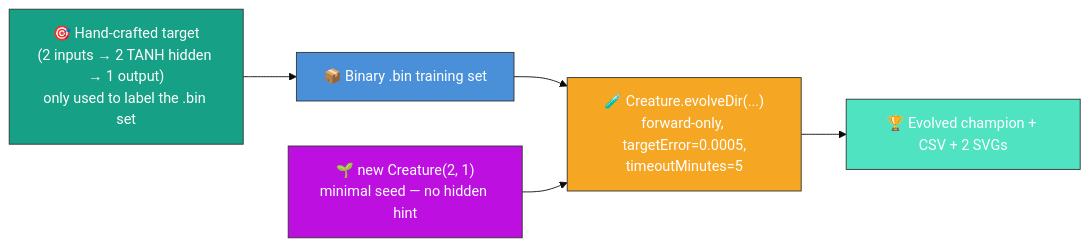
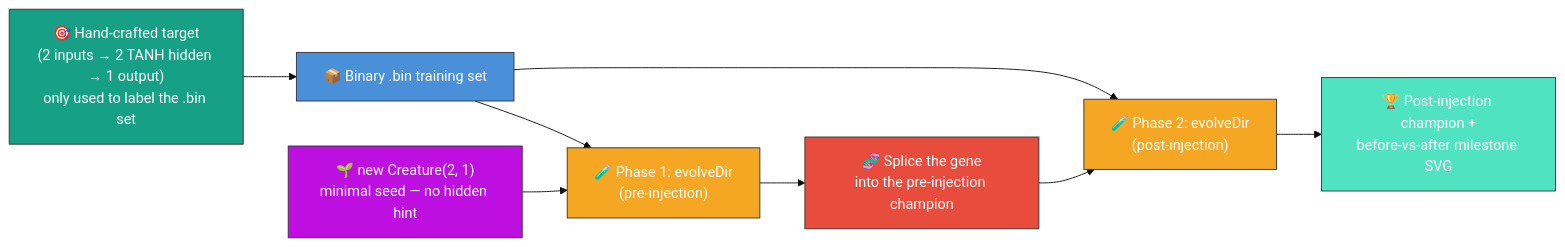
The diagram in crispr_injection/README.md (stSoftwareAU/NEAT-AI-Examples), drawn with Mermaid (base theme) before and after one commit. The commit also changed other lines of this file and 23 other files, not shown here.

````diff
--- a/crispr_injection/README.md
+++ b/crispr_injection/README.md
@@ -14,17 +21,24 @@
 ```mermaid
 flowchart LR
     TGT["🎯 Hand-crafted target<br/>(2 inputs → 2 TANH hidden → 1 output)<br/>only used to label the .bin set"]
     DATA["📦 Binary .bin training set"]
     SEED["🌱 new Creature(2, 1)<br/>minimal seed — no hidden hint"]
-    EVOLVE["🧪 Creature.evolveDir(...)<br/>forward-only, targetError=0.0005,<br/>timeoutMinutes=5"]
-    OUT["🏆 Evolved champion + CSV + 2 SVGs"]
+    EVOLVE1["🧪 Phase 1: evolveDir<br/>(pre-injection)"]
+    SPLICE["🧬 Splice the gene<br/>into the pre-injection champion"]
+    EVOLVE2["🧪 Phase 2: evolveDir<br/>(post-injection)"]
+    OUT["🏆 Post-injection champion +<br/>before-vs-after milestone SVG"]
     TGT --> DATA
-    DATA --> EVOLVE
-    SEED --> EVOLVE
-    EVOLVE --> OUT
+    DATA --> EVOLVE1
+    SEED --> EVOLVE1
+    EVOLVE1 --> SPLICE
+    SPLICE --> EVOLVE2
+    DATA --> EVOLVE2
+    EVOLVE2 --> OUT
     style TGT fill:#16a085,stroke:#333,color:#fff
     style DATA fill:#4a90d9,stroke:#333,color:#fff
     style SEED fill:#bd10e0,stroke:#333,color:#fff
-    style EVOLVE fill:#f5a623,stroke:#333,color:#fff
+    style EVOLVE1 fill:#f5a623,stroke:#333,color:#fff
+    style SPLICE fill:#e74c3c,stroke:#333,color:#fff
+    style EVOLVE2 fill:#f5a623,stroke:#333,color:#fff
     style OUT fill:#50e3c2,stroke:#333,color:#fff
 ```
````
